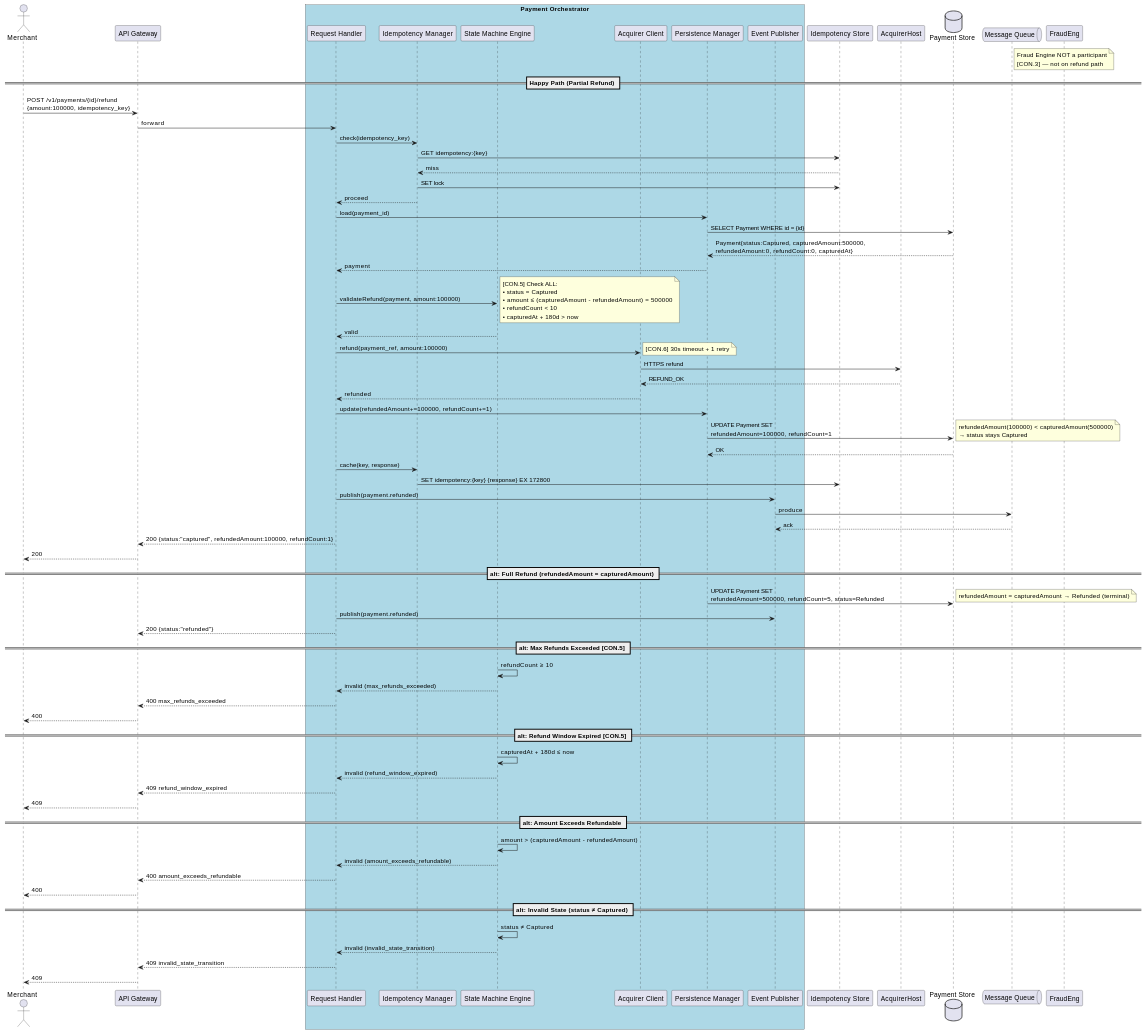
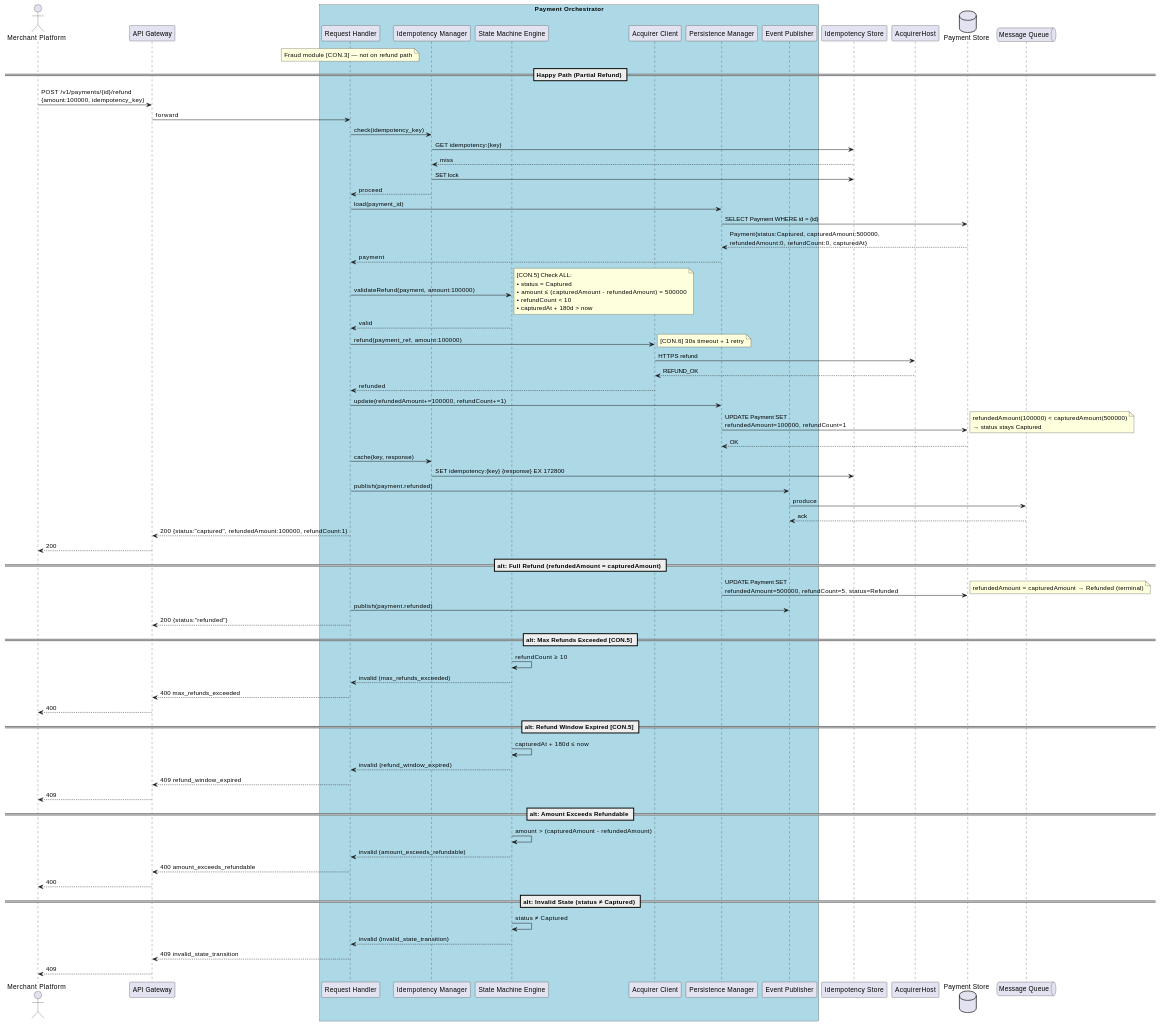
Before and after one commit to manhtienptit/team3: the third of 3 diagrams in Lb/Lab10-UML-Named-UseCases.md, drawn with PlantUML. The commit also changed other lines of this file and 6 other files, not shown here.

````diff
--- a/Lb/Lab10-UML-Named-UseCases.md
+++ b/Lb/Lab10-UML-Named-UseCases.md
@@ -282,6 +278,6 @@
 ```plantuml
 @startuml
-actor "Merchant" as Merchant
+actor "Merchant Platform" as Merchant
 participant "API Gateway" as APIGW
 box "Payment Orchestrator" #LightBlue
   participant "Request Handler" as ReqHandler
@@ -296,7 +292,7 @@
 database "Payment Store" as PG
 queue "Message Queue" as MQ
 
-note over FraudEng: Fraud Engine NOT a participant\n[CON.3] — not on refund path
+note over ReqHandler: Fraud module [CON.3] — not on refund path
 
 == Happy Path (Partial Refund) ==
 
````
